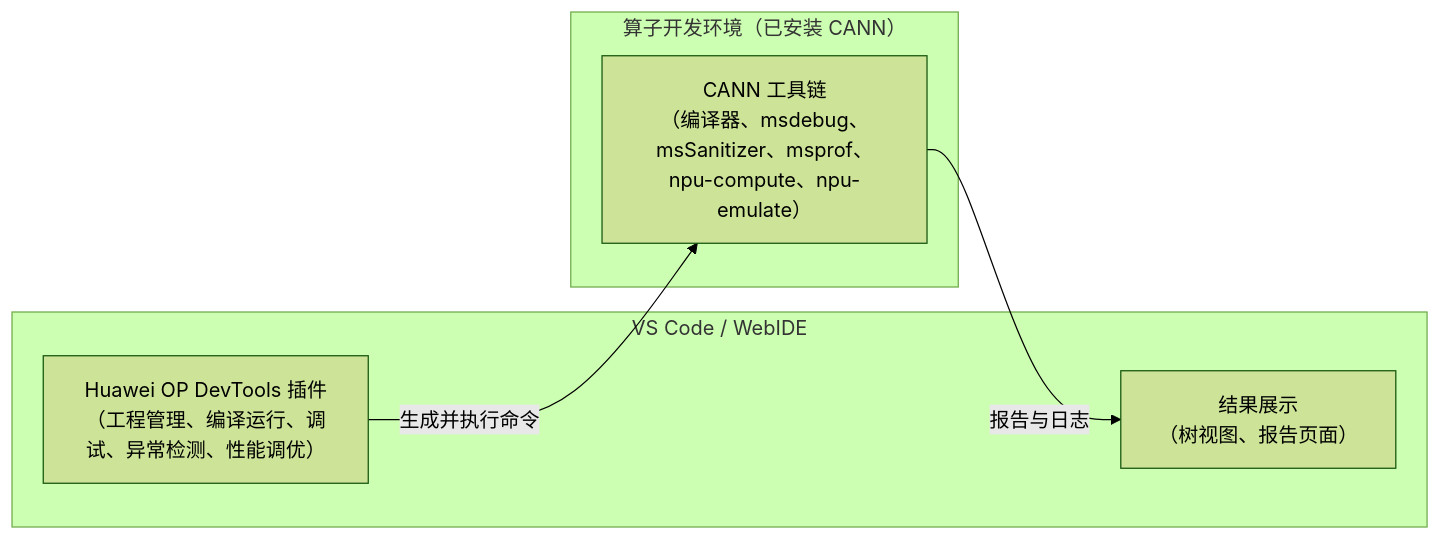
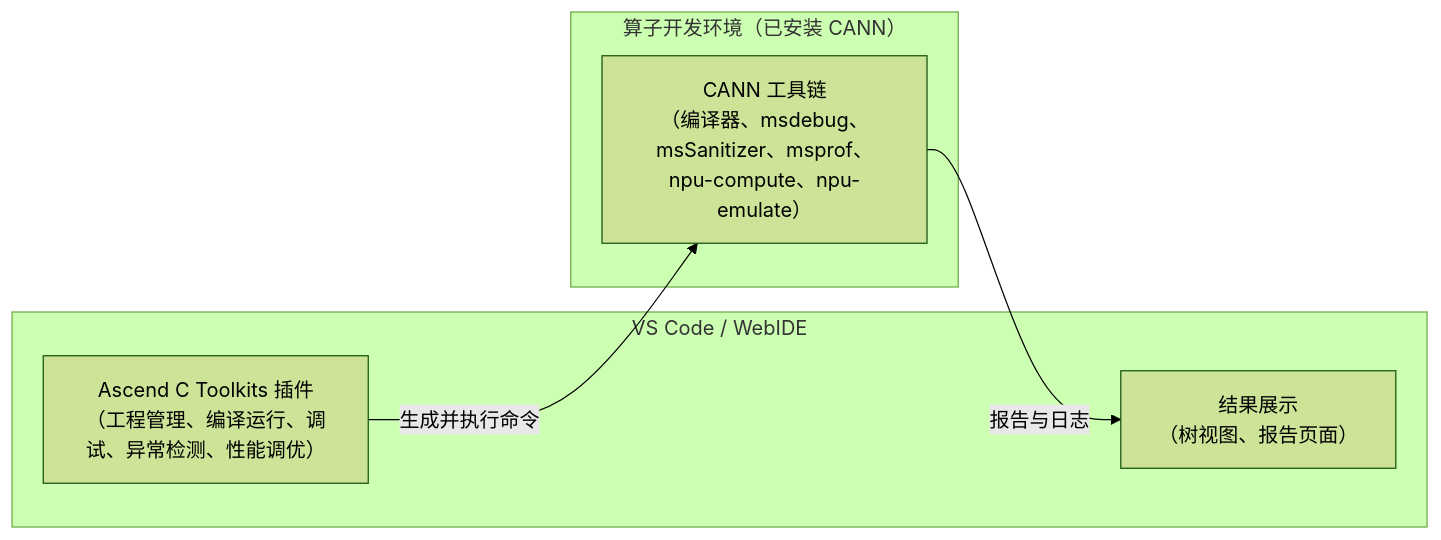
Before and after one commit to IdeFrontend/opdev_plugin: the diagram in README.md, drawn with Mermaid (forest theme). The commit also changed other lines of this file and 9 other files, not shown here.

````diff
--- a/README.md
+++ b/README.md
@@ -26,12 +25,12 @@
 ```mermaid
 flowchart LR
   subgraph IDE["VS Code / WebIDE"]
-    UI["Huawei OP DevTools 插件<br/>（工程管理、编译运行、调试、异常检测、性能调优）"]
+    UI["Ascend C Toolkits 插件<br/>（工程管理、编译运行、调试、异常检测、性能调优）"]
     View["结果展示<br/>（树视图、报告页面）"]
   end
   subgraph Env["算子开发环境（已安装 CANN）"]
     Tools["CANN 工具链<br/>（编译器、msdebug、msSanitizer、msprof、npu-compute、npu-emulate）"]
   end
   UI -->|生成并执行命令| Tools
   Tools -->|报告与日志| View
 ```
````
